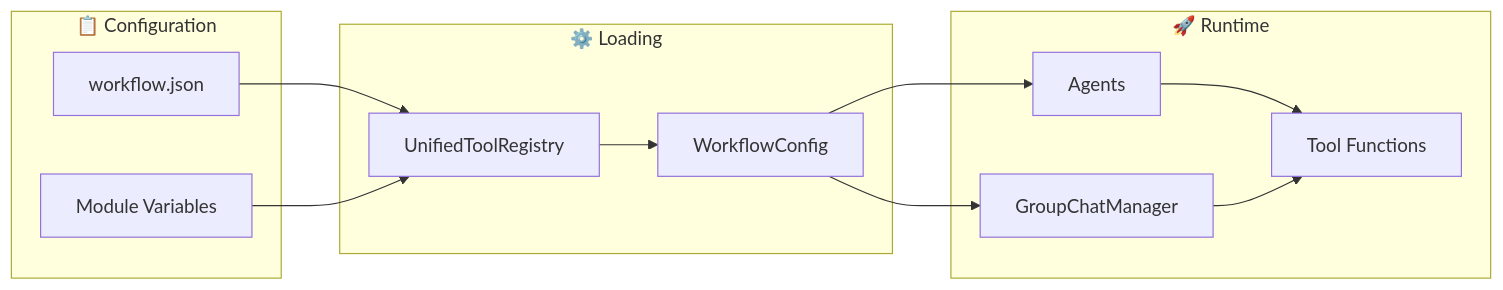
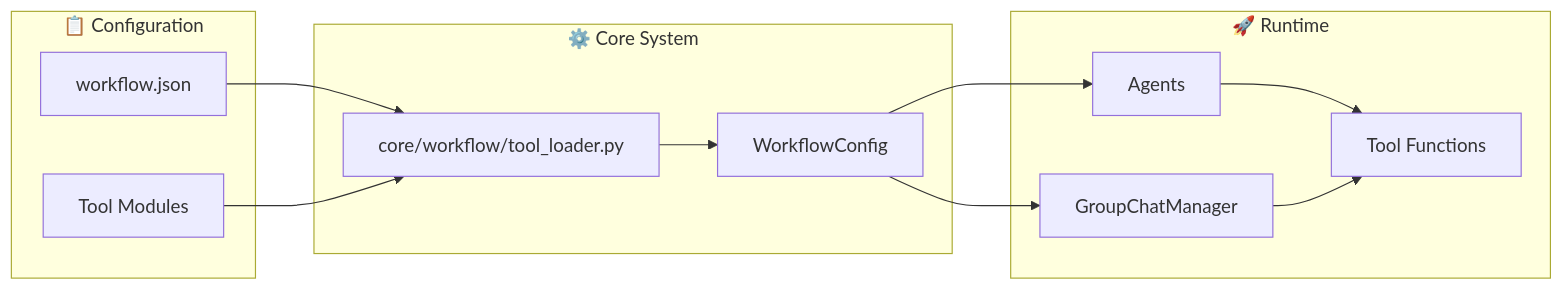
One commit to BlocUnited-LLC/mozaiks-ai changed the diagram in docs/TOOL_MANIFEST_SYSTEM.md. Above: the diagram before and after it, drawn with Mermaid. The commit also changed other lines of this file and 22 other files, not shown here.

````diff
--- a/docs/TOOL_MANIFEST_SYSTEM.md
+++ b/docs/TOOL_MANIFEST_SYSTEM.md
@@ -10,26 +10,26 @@
 ```mermaid
 flowchart LR
     subgraph Config["📋 Configuration"]
         WJ[workflow.json]
-        MV[Module Variables]
+        TM[Tool Modules]
     end
     
-    subgraph Loading["⚙️ Loading"]
+    subgraph Core["⚙️ Core System"]
         WC[WorkflowConfig]
-        UTR[UnifiedToolRegistry]
+        TL[core/workflow/tool_loader.py]
     end
     
     subgraph Runtime["🚀 Runtime"]
         A[Agents]
         GCM[GroupChatManager]
         TF[Tool Functions]
     end
     
-    WJ --> UTR
-    MV --> UTR
-    UTR --> WC
+    WJ --> TL
+    TM --> TL
+    TL --> WC
     WC --> A
     WC --> GCM
     A --> TF
     GCM --> TF
 ```
````
